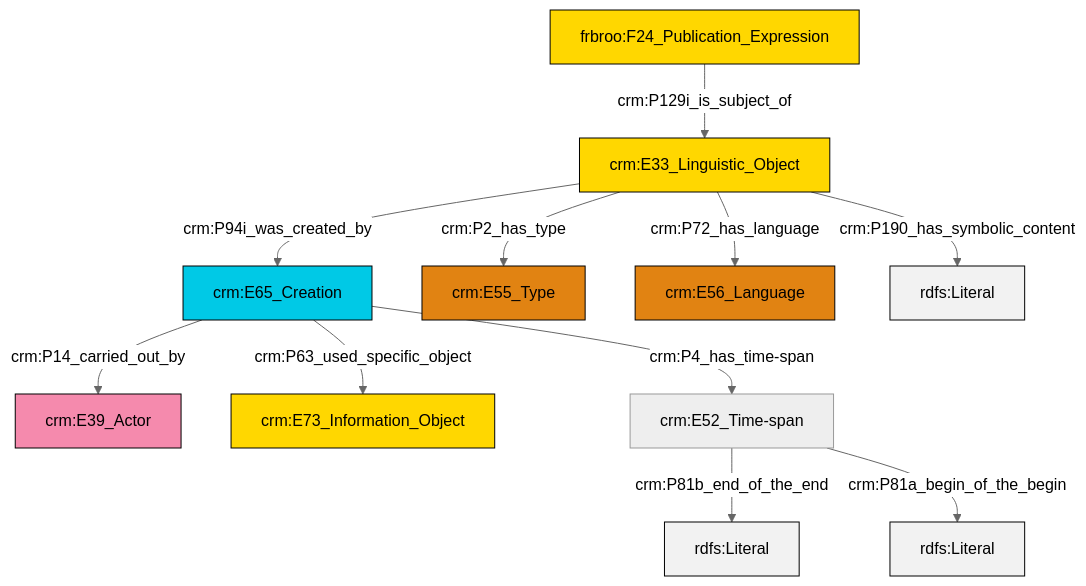
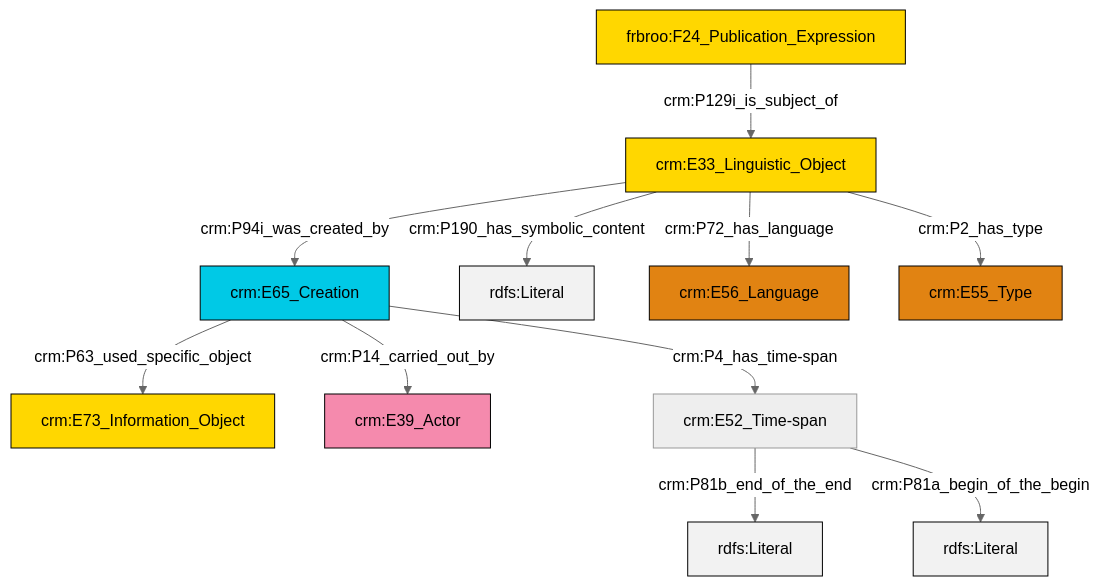
Before and after one commit to ncarboni/srdm: the diagram in et/biblioCSV/ttl/mmd/biblio_description.ttl.mmd, drawn with Mermaid (neutral theme). The commit also changed 127 other files, not shown here.

```diff
--- a/et/biblioCSV/ttl/mmd/biblio_description.ttl.mmd
+++ b/et/biblioCSV/ttl/mmd/biblio_description.ttl.mmd
@@ -1,25 +1,25 @@
 graph TD
 classDef Literal fill:#f2f2f2,stroke:#000000;
 classDef CRM_Entity fill:#FFFFFF,stroke:#000000;
 classDef Temporal_Entity fill:#00C9E6, stroke:#000000;
 classDef Type fill:#E18312, stroke:#000000;
 classDef Time-Span fill:#2C9C91, stroke:#000000;
 classDef Appellation fill:#FFEB7F, stroke:#000000;
 classDef Place fill:#008836, stroke:#000000;
 classDef Persistent_Item fill:#B266B2, stroke:#000000;
 classDef Conceptual_Object fill:#FFD700, stroke:#000000;
 classDef Physical_Thing fill:#D2B48C, stroke:#000000;
 classDef Actor fill:#f58aad, stroke:#000000;
 classDef PC_Classes fill:#4ce600, stroke:#000000;
 classDef Multi fill:#cccccc,stroke:#000000;
 
-0["crm:E65_Creation"]:::Temporal_Entity -->|crm:P14_carried_out_by| 1["crm:E39_Actor"]:::Actor
-0["crm:E65_Creation"]:::Temporal_Entity -->|crm:P4_has_time-span| 4["crm:E52_Time-span"]:::Default
-6["crm:E33_Linguistic_Object"]:::Conceptual_Object -->|crm:P2_has_type| 7["crm:E55_Type"]:::Type
-4["crm:E52_Time-span"]:::Default -->|crm:P81b_end_of_the_end| 13[rdfs:Literal]:::Literal
-6["crm:E33_Linguistic_Object"]:::Conceptual_Object -->|crm:P190_has_symbolic_content| 14[rdfs:Literal]:::Literal
-6["crm:E33_Linguistic_Object"]:::Conceptual_Object -->|crm:P94i_was_created_by| 0["crm:E65_Creation"]:::Temporal_Entity
-6["crm:E33_Linguistic_Object"]:::Conceptual_Object -->|crm:P72_has_language| 8["crm:E56_Language"]:::Type
-11["frbroo:F24_Publication_Expression"]:::Conceptual_Object -->|crm:P129i_is_subject_of| 6["crm:E33_Linguistic_Object"]:::Conceptual_Object
-4["crm:E52_Time-span"]:::Default -->|crm:P81a_begin_of_the_begin| 16[rdfs:Literal]:::Literal
-0["crm:E65_Creation"]:::Temporal_Entity -->|crm:P63_used_specific_object| 2["crm:E73_Information_Object"]:::Conceptual_Object
+2["crm:E65_Creation"]:::Temporal_Entity -->|crm:P63_used_specific_object| 0["crm:E73_Information_Object"]:::Conceptual_Object
+5["crm:E33_Linguistic_Object"]:::Conceptual_Object -->|crm:P190_has_symbolic_content| 6[rdfs:Literal]:::Literal
+2["crm:E65_Creation"]:::Temporal_Entity -->|crm:P4_has_time-span| 7["crm:E52_Time-span"]:::Default
+5["crm:E33_Linguistic_Object"]:::Conceptual_Object -->|crm:P72_has_language| 8["crm:E56_Language"]:::Type
+2["crm:E65_Creation"]:::Temporal_Entity -->|crm:P14_carried_out_by| 3["crm:E39_Actor"]:::Actor
+7["crm:E52_Time-span"]:::Default -->|crm:P81b_end_of_the_end| 14[rdfs:Literal]:::Literal
+7["crm:E52_Time-span"]:::Default -->|crm:P81a_begin_of_the_begin| 15[rdfs:Literal]:::Literal
+5["crm:E33_Linguistic_Object"]:::Conceptual_Object -->|crm:P2_has_type| 9["crm:E55_Type"]:::Type
+16["frbroo:F24_Publication_Expression"]:::Conceptual_Object -->|crm:P129i_is_subject_of| 5["crm:E33_Linguistic_Object"]:::Conceptual_Object
+5["crm:E33_Linguistic_Object"]:::Conceptual_Object -->|crm:P94i_was_created_by| 2["crm:E65_Creation"]:::Temporal_Entity
```
